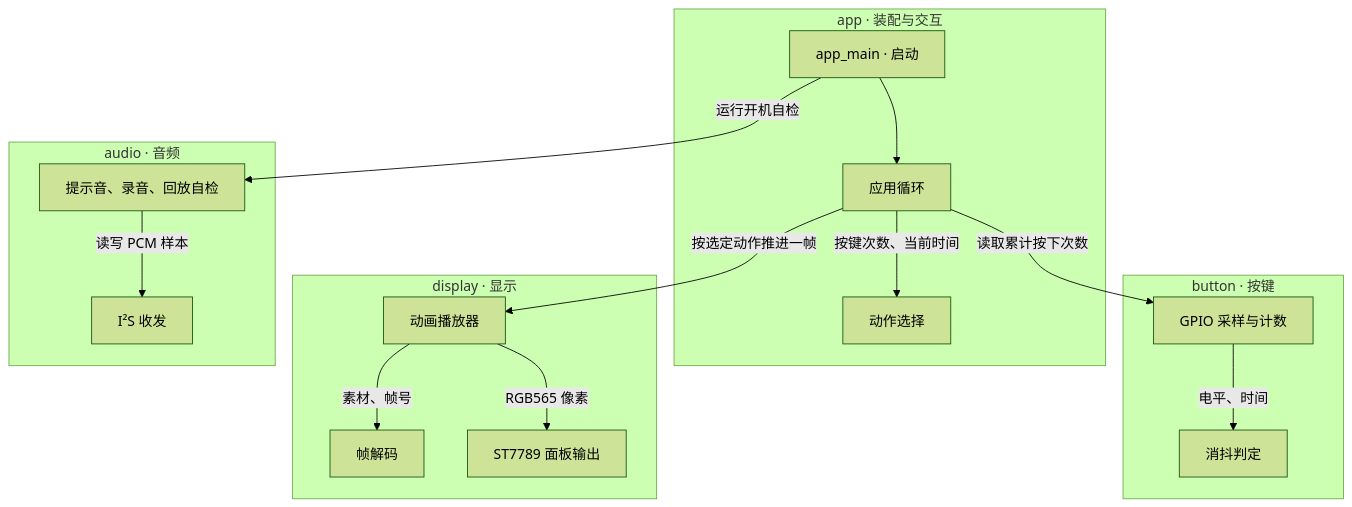
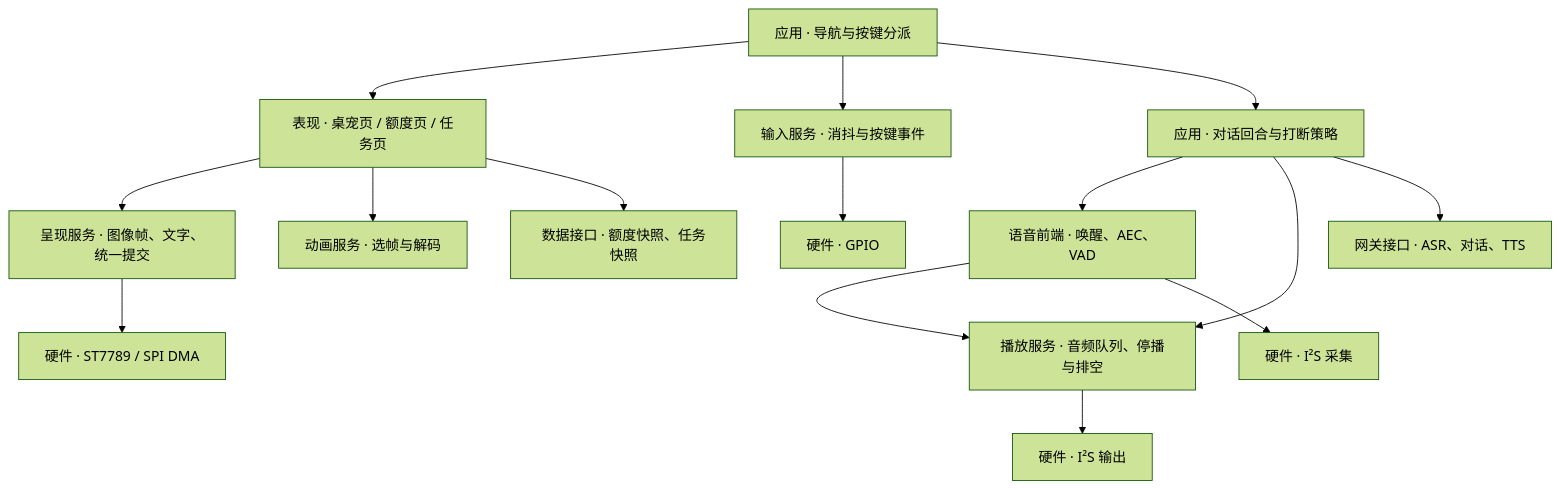
Before and after one commit to WangHunZi/DSPet: the diagram in docs/voice-pet-plan.md, drawn with Mermaid (forest theme). The commit also changed other lines of this file, not shown here.

Commit message:
docs: separate hardware services, page navigation and conversation state

````diff
--- a/docs/voice-pet-plan.md
+++ b/docs/voice-pet-plan.md
@@ -25,20 +23,17 @@
 ```mermaid
 flowchart TB
-    subgraph app["app · 装配与交互"]
-        entry["app_main · 启动"] --> loop["应用循环"]
-        loop -->|"按键次数、当前时间"| policy["动作选择"]
-    end
-    subgraph button["button · 按键"]
-        input["GPIO 采样与计数"] -->|"电平、时间"| filter["消抖判定"]
-    end
-    subgraph display["display · 显示"]
-        player["动画播放器"] -->|"素材、帧号"| decoder["帧解码"]
-        player -->|"RGB565 像素"| panel["ST7789 面板输出"]
-    end
-    subgraph audio["audio · 音频"]
-        check["提示音、录音、回放自检"] -->|"读写 PCM 样本"| device["I²S 收发"]
-    end
-    loop -->|"读取累计按下次数"| input
-    loop -->|"按选定动作推进一帧"| player
-    entry -->|"运行开机自检"| check
+    nav["应用 · 导航与按键分派"] --> pages["表现 · 桌宠页 / 额度页 / 任务页"]
+    nav --> keys["输入服务 · 消抖与按键事件"]
+    nav --> voice["应用 · 对话回合与打断策略"]
+    pages --> draw["呈现服务 · 图像帧、文字、统一提交"]
+    pages --> anim["动画服务 · 选帧与解码"]
+    pages --> data["数据接口 · 额度快照、任务快照"]
+    voice --> front["语音前端 · 唤醒、AEC、VAD"]
+    voice --> play["播放服务 · 音频队列、停播与排空"]
+    voice --> provider["网关接口 · ASR、对话、TTS"]
+    front --> play
+    keys --> gpio["硬件 · GPIO"]
+    draw --> lcd["硬件 · ST7789 / SPI DMA"]
+    front --> mic["硬件 · I²S 采集"]
+    play --> amp["硬件 · I²S 输出"]
 ```
````
